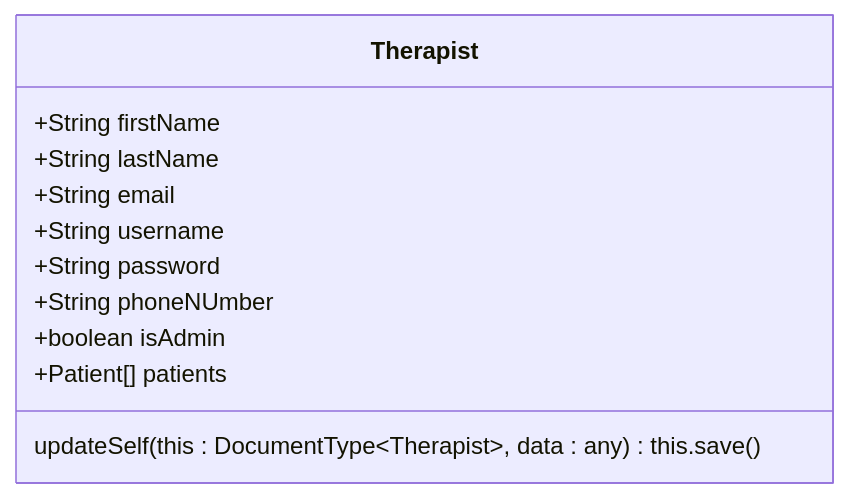
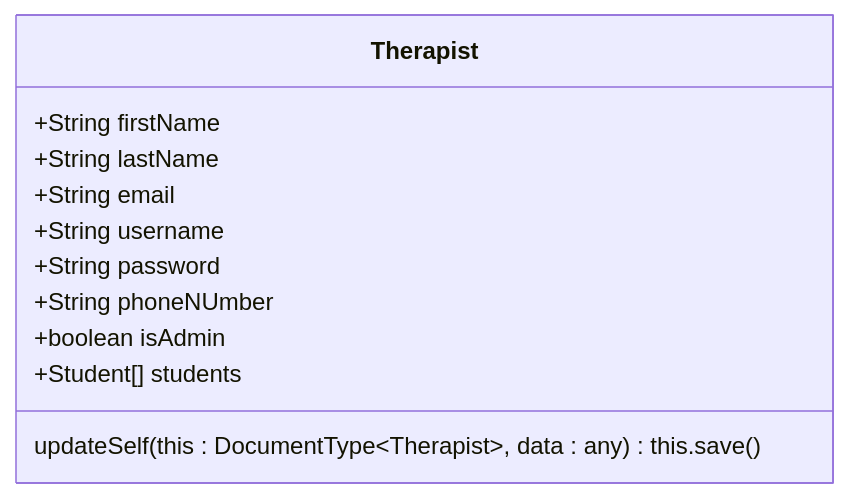
Before and after one commit to UTDallasEPICS/ATC-Patient-Data: the seventh of 7 diagrams in Documentation/Model Schemas.md, drawn with Mermaid. The commit also changed other lines of this file and 9 other files, not shown here.

````diff
--- a/Documentation/Model Schemas.md
+++ b/Documentation/Model Schemas.md
@@ -113,15 +113,15 @@
 ```mermaid
 classDiagram
     class Therapist {
         +String firstName
         +String lastName
         +String email
         +String username
         +String password
         +String phoneNUmber
         +boolean isAdmin
-        +Patient[] patients
+        +Student[] students
 
         updateSelf(this : DocumentType~Therapist~, data : any) : this.save()
     }
 ```
````
